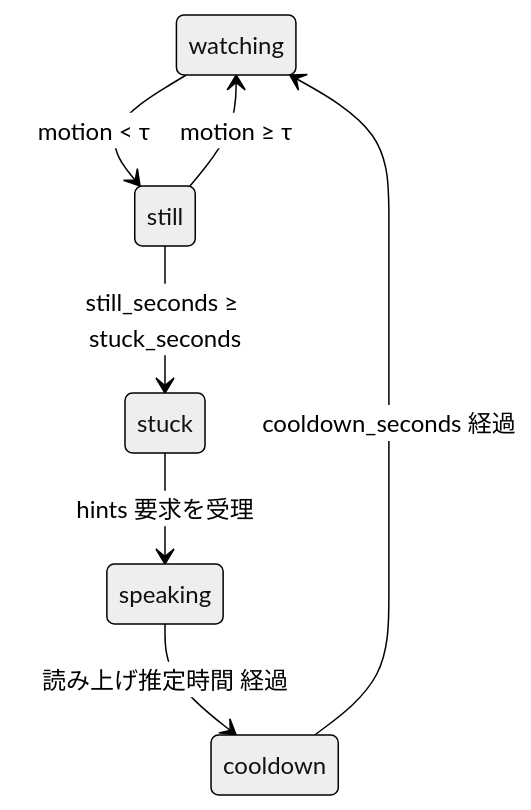
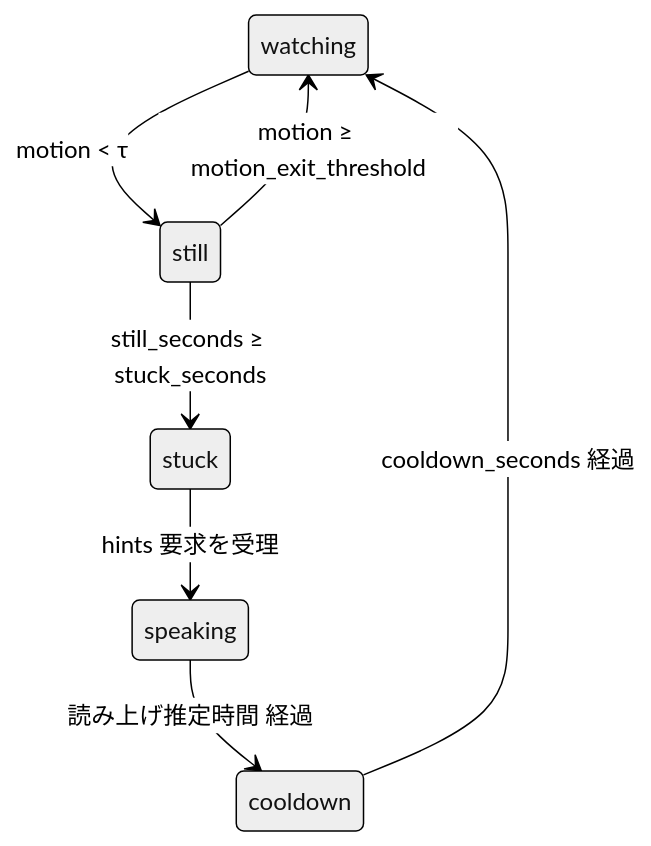
The second of 2 diagrams in docs/04_stuck_detection.md (jphacks/os_2601), drawn with Mermaid (neutral theme) before and after one commit. The commit also changed other lines of this file and 9 other files, not shown here.

````diff
--- a/docs/04_stuck_detection.md
+++ b/docs/04_stuck_detection.md
@@ -45,9 +45,9 @@
 ```mermaid
 stateDiagram-v2
   watching --> still: motion < τ
-  still --> watching: motion ≥ τ
+  still --> watching: motion ≥ motion_exit_threshold
   still --> stuck: still_seconds ≥ stuck_seconds
   stuck --> speaking: hints 要求を受理
   speaking --> cooldown: 読み上げ推定時間 経過
   cooldown --> watching: cooldown_seconds 経過
 ```
````
